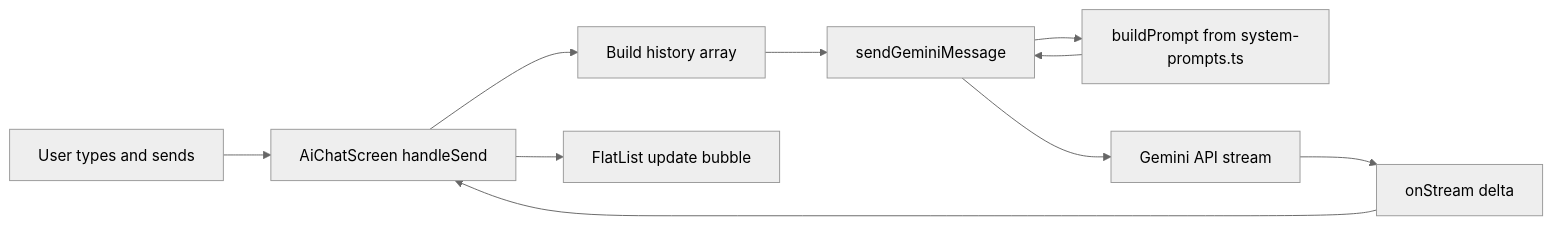
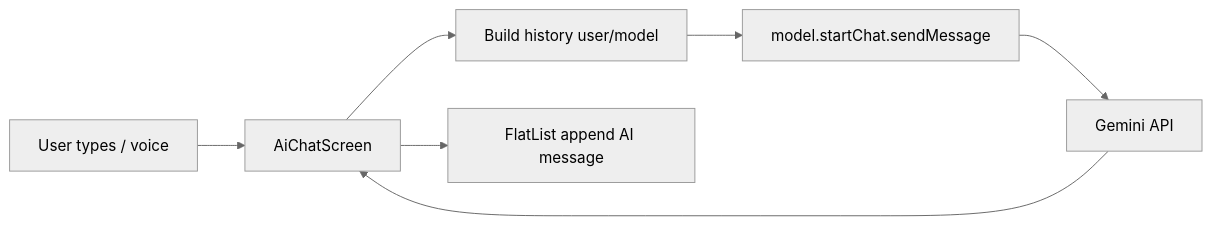
One commit to syrusdhark/hira-RN-web-testing changed the second of 2 diagrams in PROJECT_SUMMARY.md. Above: the diagram before and after it, drawn with Mermaid (neutral theme). The commit also changed other lines of this file and 17 other files, not shown here.

````diff
--- a/PROJECT_SUMMARY.md
+++ b/PROJECT_SUMMARY.md
@@ -227,12 +217,9 @@
 ```mermaid
 flowchart LR
-  User[User types and sends] --> AiChat[AiChatScreen handleSend]
-  AiChat --> History[Build history array]
-  History --> Gemini[sendGeminiMessage]
-  Gemini --> Build[buildPrompt from system-prompts.ts]
-  Build --> Gemini
-  Gemini --> API[Gemini API stream]
-  API --> OnStream[onStream delta]
-  OnStream --> AiChat
-  AiChat --> FlatList[FlatList update bubble]
+  User[User types / voice] --> AiChat[AiChatScreen]
+  AiChat --> History[Build history user/model]
+  History --> SDK[model.startChat.sendMessage]
+  SDK --> API[Gemini API]
+  API --> AiChat
+  AiChat --> FlatList[FlatList append AI message]
 ```
````
